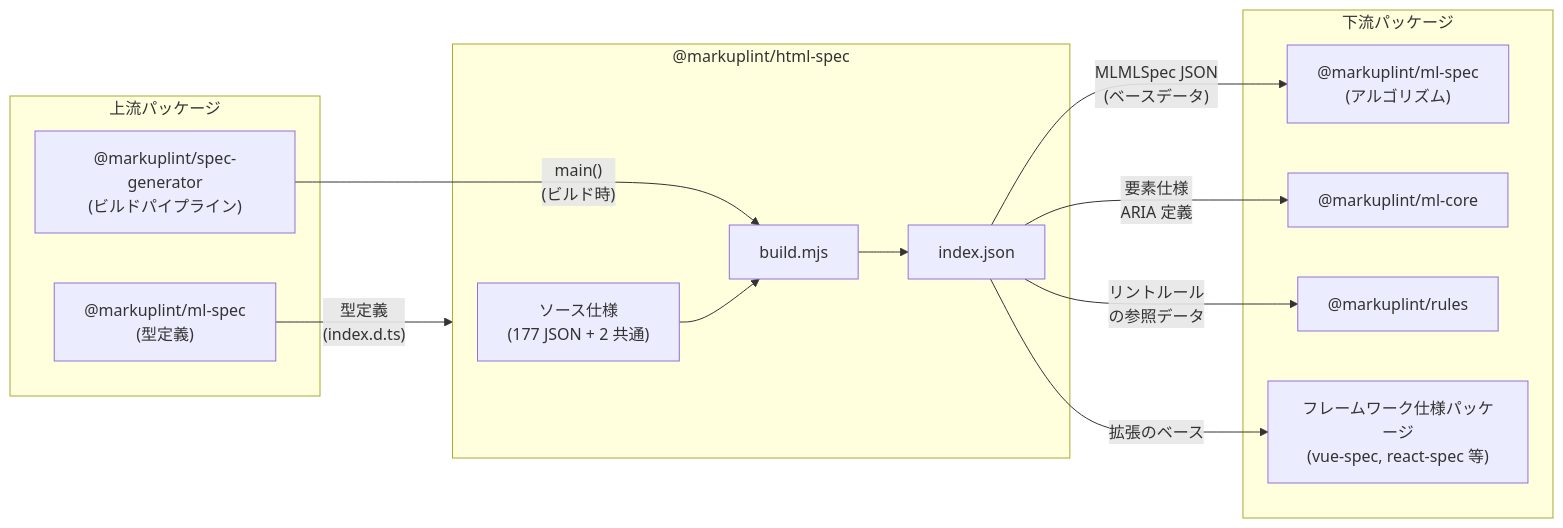
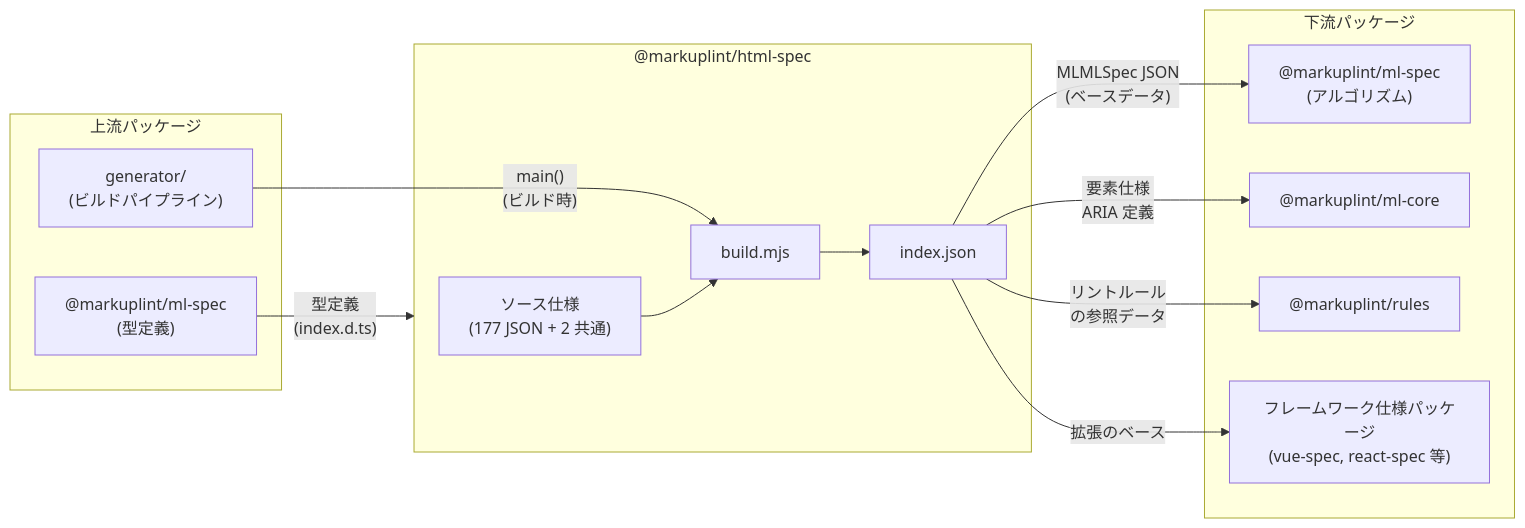
Before and after one commit to markuplint/markuplint: the second of 2 diagrams in packages/@markuplint/html-spec/ARCHITECTURE.ja.md, drawn with Mermaid. The commit also changed other lines of this file and 16 other files, not shown here.

First line of the commit message:
chore: remove stale @markuplint/spec-generator references

````diff
--- a/packages/@markuplint/html-spec/ARCHITECTURE.ja.md
+++ b/packages/@markuplint/html-spec/ARCHITECTURE.ja.md
@@ -242,30 +229,30 @@
 ```mermaid
 flowchart LR
     subgraph upstream ["上流パッケージ"]
-        specGen["@markuplint/spec-generator\n(ビルドパイプライン)"]
+        specGen["generator/\n(ビルドパイプライン)"]
         mlSpecTypes["@markuplint/ml-spec\n(型定義)"]
     end
 
     subgraph pkg ["@markuplint/html-spec"]
         sourceData["ソース仕様\n(177 JSON + 2 共通)"]
         buildScript["build.mjs"]
         generatedJson["index.json"]
     end
 
     subgraph downstream ["下流パッケージ"]
         mlSpec["@markuplint/ml-spec\n(アルゴリズム)"]
         mlCore["@markuplint/ml-core"]
         rules["@markuplint/rules"]
         fwSpecs["フレームワーク仕様パッケージ\n(vue-spec, react-spec 等)"]
     end
 
     mlSpecTypes -->|"型定義\n(index.d.ts)"| pkg
     specGen -->|"main()\n(ビルド時)"| buildScript
     sourceData --> buildScript
     buildScript --> generatedJson
 
     generatedJson -->|"MLMLSpec JSON\n(ベースデータ)"| mlSpec
     generatedJson -->|"要素仕様\nARIA 定義"| mlCore
     generatedJson -->|"リントルール\nの参照データ"| rules
     generatedJson -->|"拡張のベース"| fwSpecs
 ```
````
